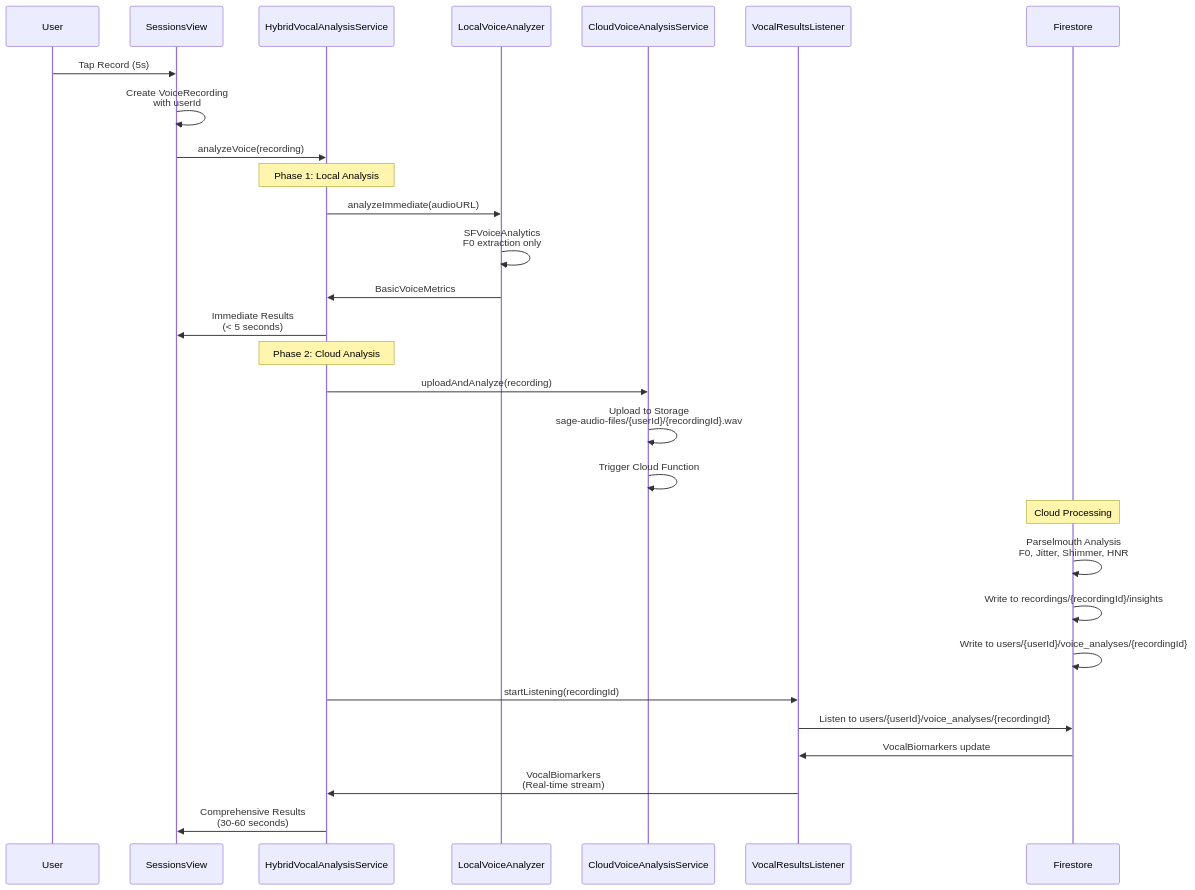
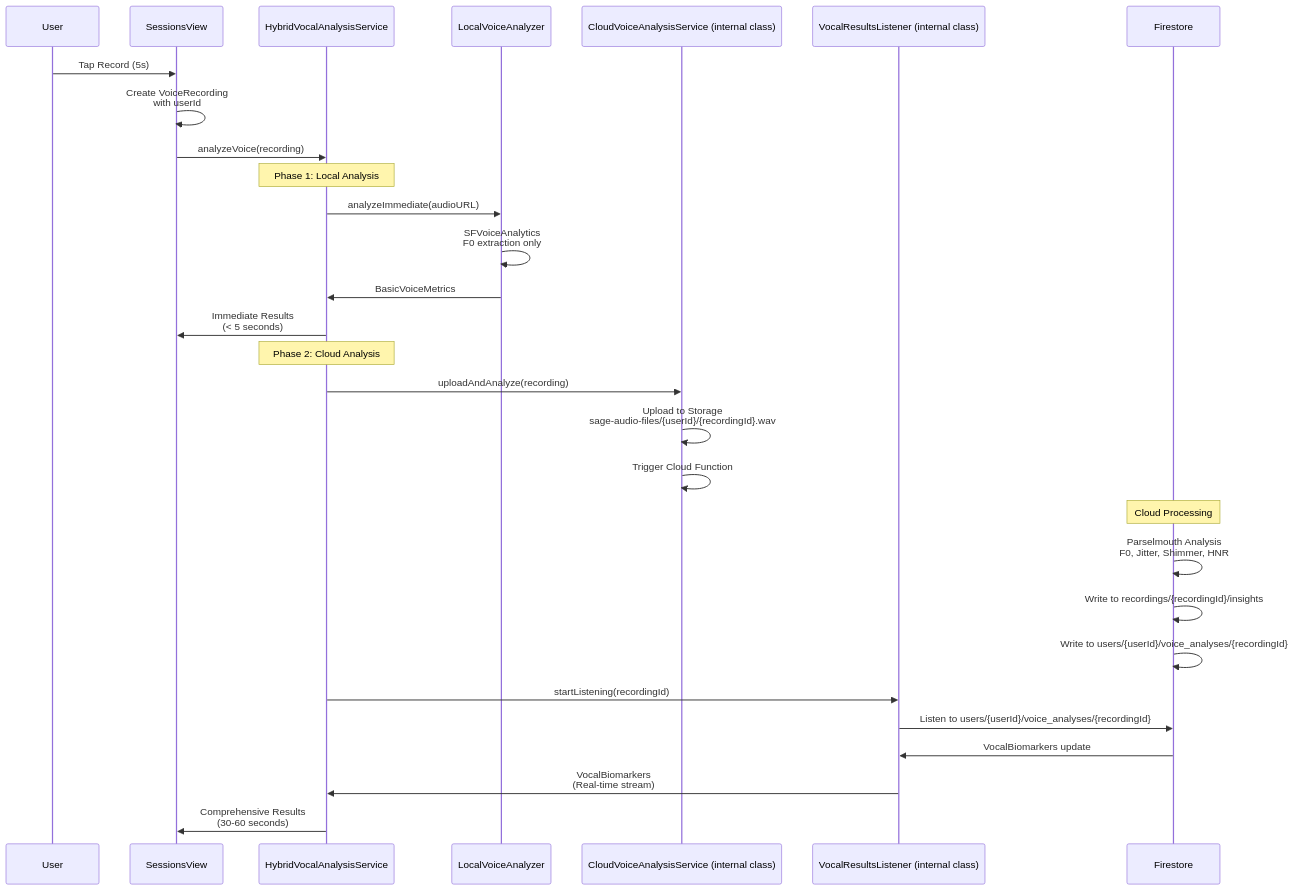
One commit to PoisonIvory/sage changed the fourth of 13 diagrams in ARCHITECTURE.md. Above: the diagram before and after it, drawn with Mermaid. The commit also changed other lines of this file, not shown here.

Commit message:
Update ARCHITECTURE.md to accurately reflect current codebase implementation

````diff
--- a/ARCHITECTURE.md
+++ b/ARCHITECTURE.md
@@ -226,36 +249,36 @@
 ```mermaid
 sequenceDiagram
     participant U as User
     participant S as SessionsView
     participant H as HybridVocalAnalysisService
     participant L as LocalVoiceAnalyzer
-    participant C as CloudVoiceAnalysisService
-    participant V as VocalResultsListener
+    participant C as CloudVoiceAnalysisService (internal class)
+    participant V as VocalResultsListener (internal class)
     participant F as Firestore
     
     U->>S: Tap Record (5s)
     S->>S: Create VoiceRecording<br/>with userId
     S->>H: analyzeVoice(recording)
     
     Note over H: Phase 1: Local Analysis
     H->>L: analyzeImmediate(audioURL)
     L->>L: SFVoiceAnalytics<br/>F0 extraction only
     L->>H: BasicVoiceMetrics
     H->>S: Immediate Results<br/>(< 5 seconds)
     
     Note over H: Phase 2: Cloud Analysis
     H->>C: uploadAndAnalyze(recording)
     C->>C: Upload to Storage<br/>sage-audio-files/{userId}/{recordingId}.wav
     C->>C: Trigger Cloud Function
     
     Note over F: Cloud Processing
     F->>F: Parselmouth Analysis<br/>F0, Jitter, Shimmer, HNR
     F->>F: Write to recordings/{recordingId}/insights
     F->>F: Write to users/{userId}/voice_analyses/{recordingId}
     
     H->>V: startListening(recordingId)
     V->>F: Listen to users/{userId}/voice_analyses/{recordingId}
     F->>V: VocalBiomarkers update
     V->>H: VocalBiomarkers<br/>(Real-time stream)
     H->>S: Comprehensive Results<br/>(30-60 seconds)
 ```
````
